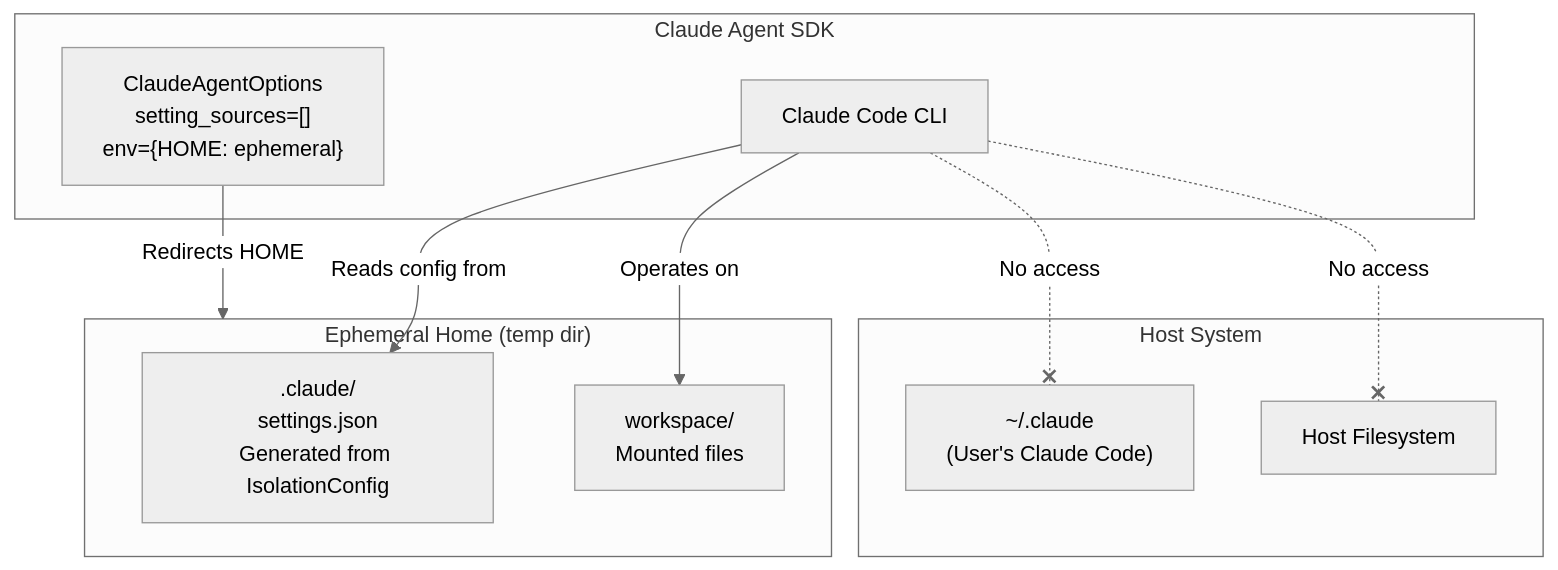
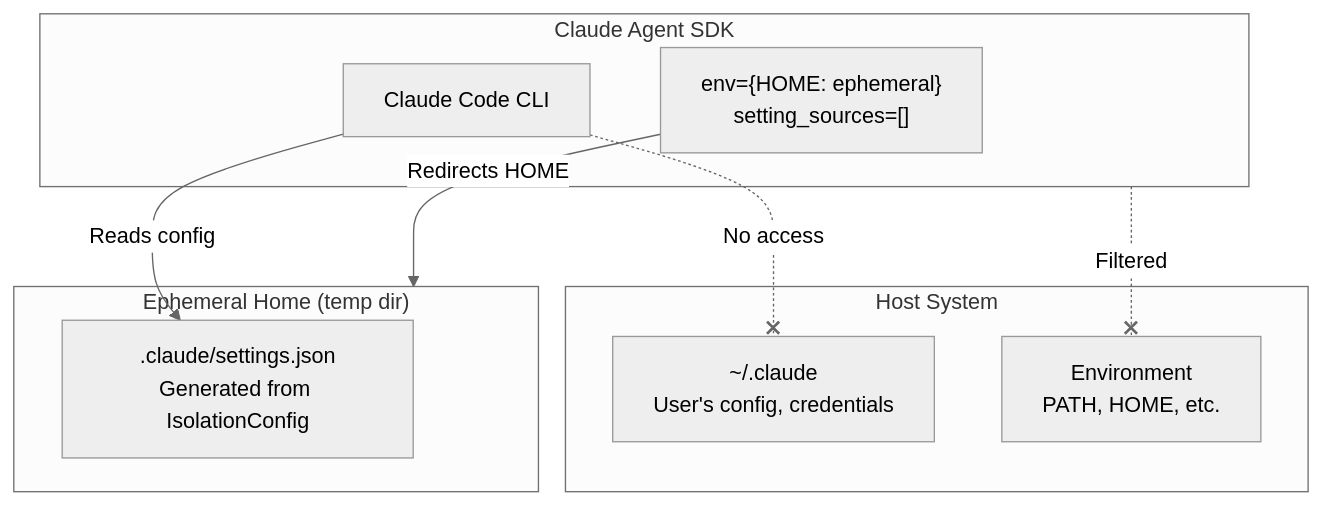
One commit to weakincentives/weakincentives changed the second of 3 diagrams in specs/CLAUDE_AGENT_SDK.md. Above: the diagram before and after it, drawn with Mermaid (neutral theme). The commit also changed other lines of this file, not shown here.

First line of the commit message:
Rewrite Claude Agent SDK spec with user stories and accurate diagrams

````diff
--- a/specs/CLAUDE_AGENT_SDK.md
+++ b/specs/CLAUDE_AGENT_SDK.md
@@ -257,23 +292,21 @@
 ```mermaid
 flowchart TB
     subgraph Host["Host System"]
-        UserClaude["~/.claude<br/>(User's Claude Code)"]
-        HostFS["Host Filesystem"]
+        UserClaude["~/.claude<br/>User's config, credentials"]
+        HostEnv["Environment<br/>PATH, HOME, etc."]
     end
 
     subgraph Ephemeral["Ephemeral Home (temp dir)"]
-        TempClaude[".claude/<br/>settings.json<br/>Generated from IsolationConfig"]
-        TempWork["workspace/<br/>Mounted files"]
+        TempClaude[".claude/settings.json<br/>Generated from IsolationConfig"]
     end
 
     subgraph SDK["Claude Agent SDK"]
-        Options["ClaudeAgentOptions<br/>setting_sources=[]<br/>env={HOME: ephemeral}"]
+        Env["env={HOME: ephemeral}<br/>setting_sources=[]"]
         CLI["Claude Code CLI"]
     end
 
-    Options -->|"Redirects HOME"| Ephemeral
-    CLI -->|"Reads config from"| TempClaude
-    CLI -->|"Operates on"| TempWork
+    Env -->|"Redirects HOME"| Ephemeral
+    CLI -->|"Reads config"| TempClaude
     CLI -.-x|"No access"| UserClaude
-    CLI -.-x|"No access"| HostFS
+    SDK -.-x|"Filtered"| HostEnv
 ```
````
